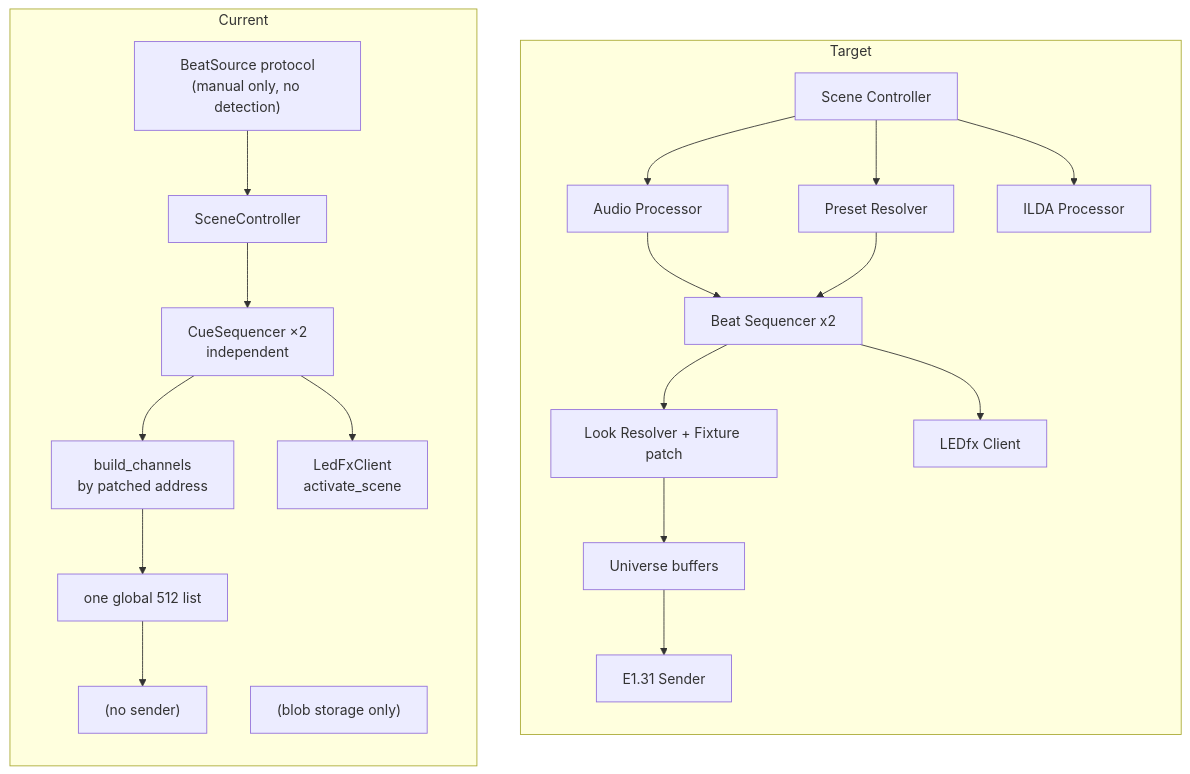
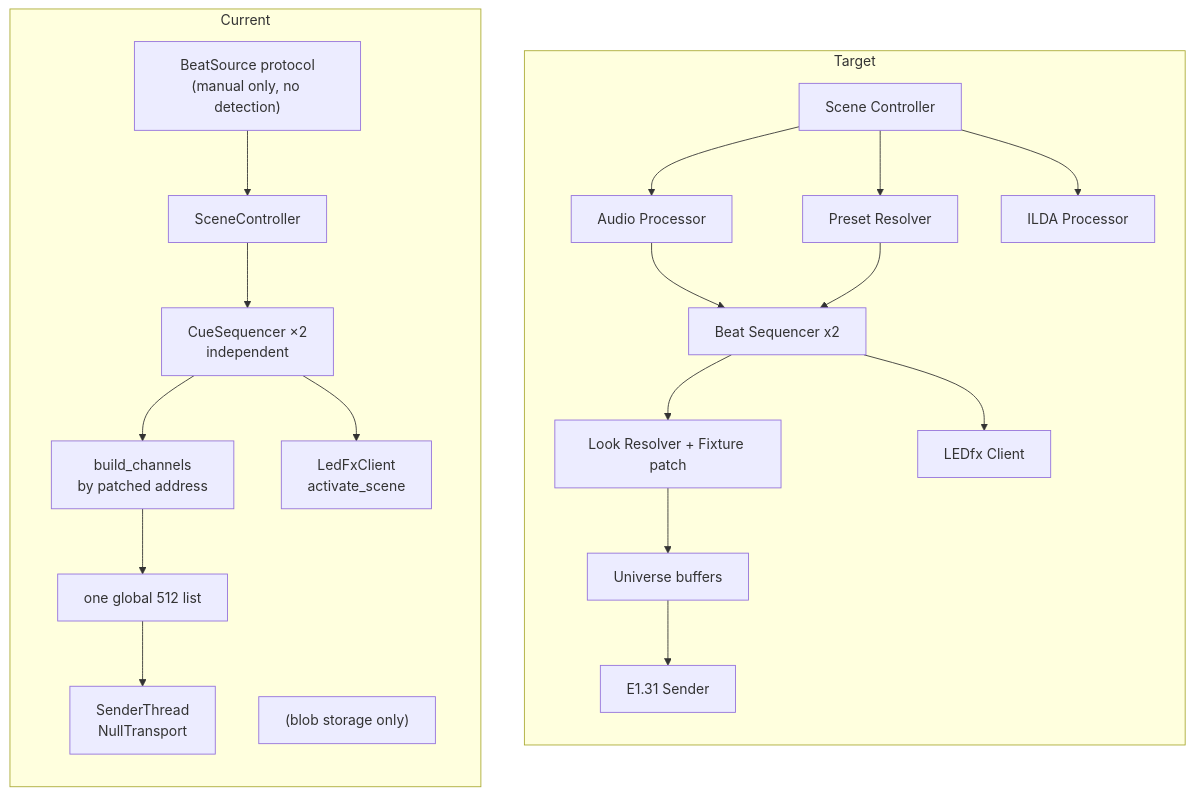
Before and after one commit to glane339/lightsappnew: the tenth of 10 diagrams in docs/architecture.md, drawn with Mermaid. The commit also changed other lines of this file and 49 other files, not shown here.

````diff
--- a/docs/architecture.md
+++ b/docs/architecture.md
@@ -481,29 +483,29 @@
 ```mermaid
 flowchart TB
     subgraph T["Target"]
         direction TB
         t1["Scene Controller"] --> t2["Audio Processor"]
         t1 --> t3["Preset Resolver"]
         t2 --> t4["Beat Sequencer x2"]
         t3 --> t4
         t4 --> t5["Look Resolver + Fixture patch"]
         t5 --> t6["Universe buffers"]
         t6 --> t7["E1.31 Sender"]
         t4 --> t8["LEDfx Client"]
         t1 --> t9["ILDA Processor"]
     end
     subgraph C["Current"]
         direction TB
         c1["SceneController"]
         c2["BeatSource protocol<br/>(manual only, no detection)"]
         c3["CueSequencer ×2<br/>independent"]
         c5["build_channels<br/>by patched address"]
         c6["one global 512 list"]
-        c7["(no sender)"]
+        c7["SenderThread<br/>NullTransport"]
         c8["LedFxClient<br/>activate_scene"]
         c9["(blob storage only)"]
         c2 --> c1 --> c3
         c3 --> c5 --> c6 --> c7
         c3 --> c8
     end
 ```
````
